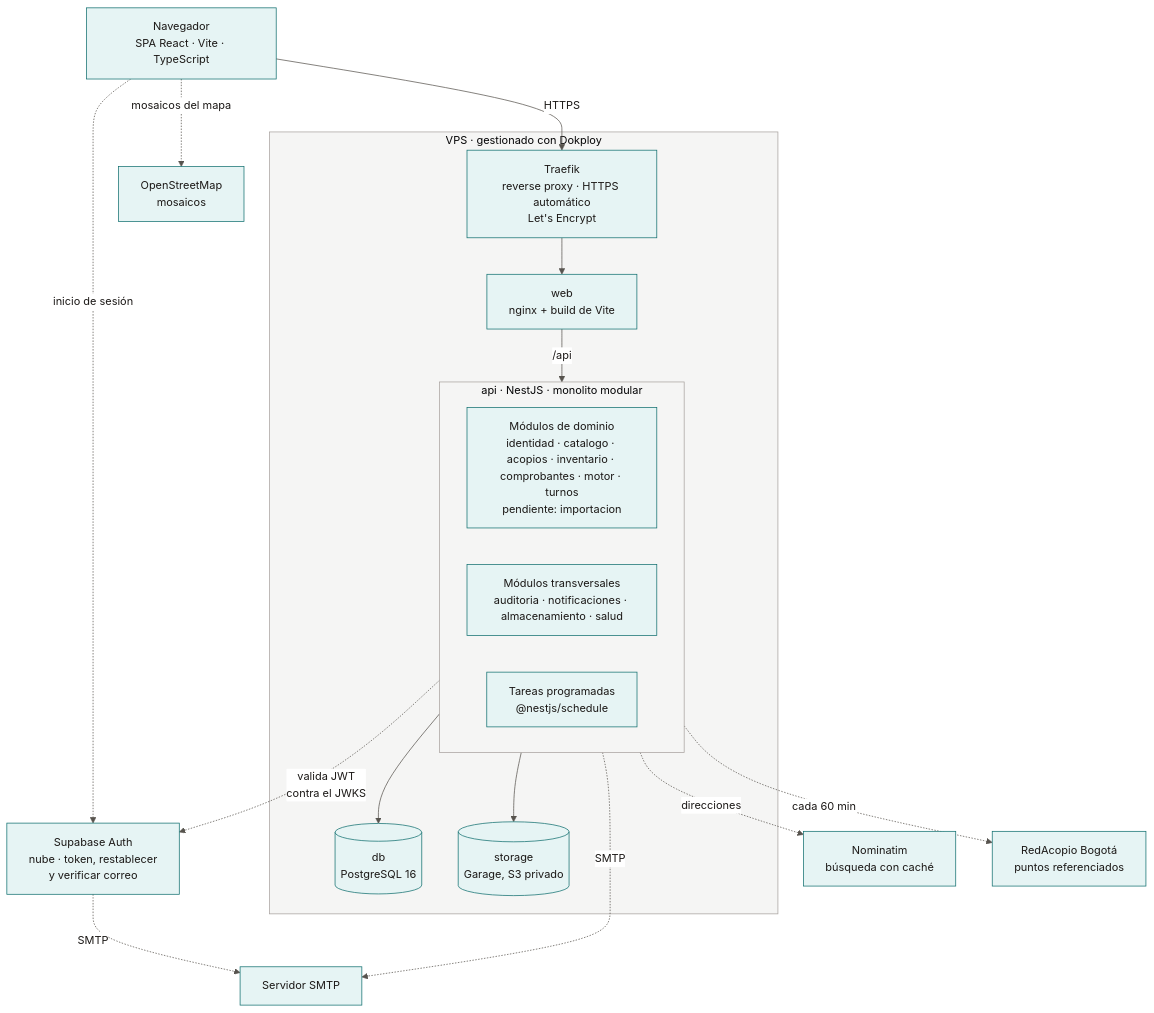
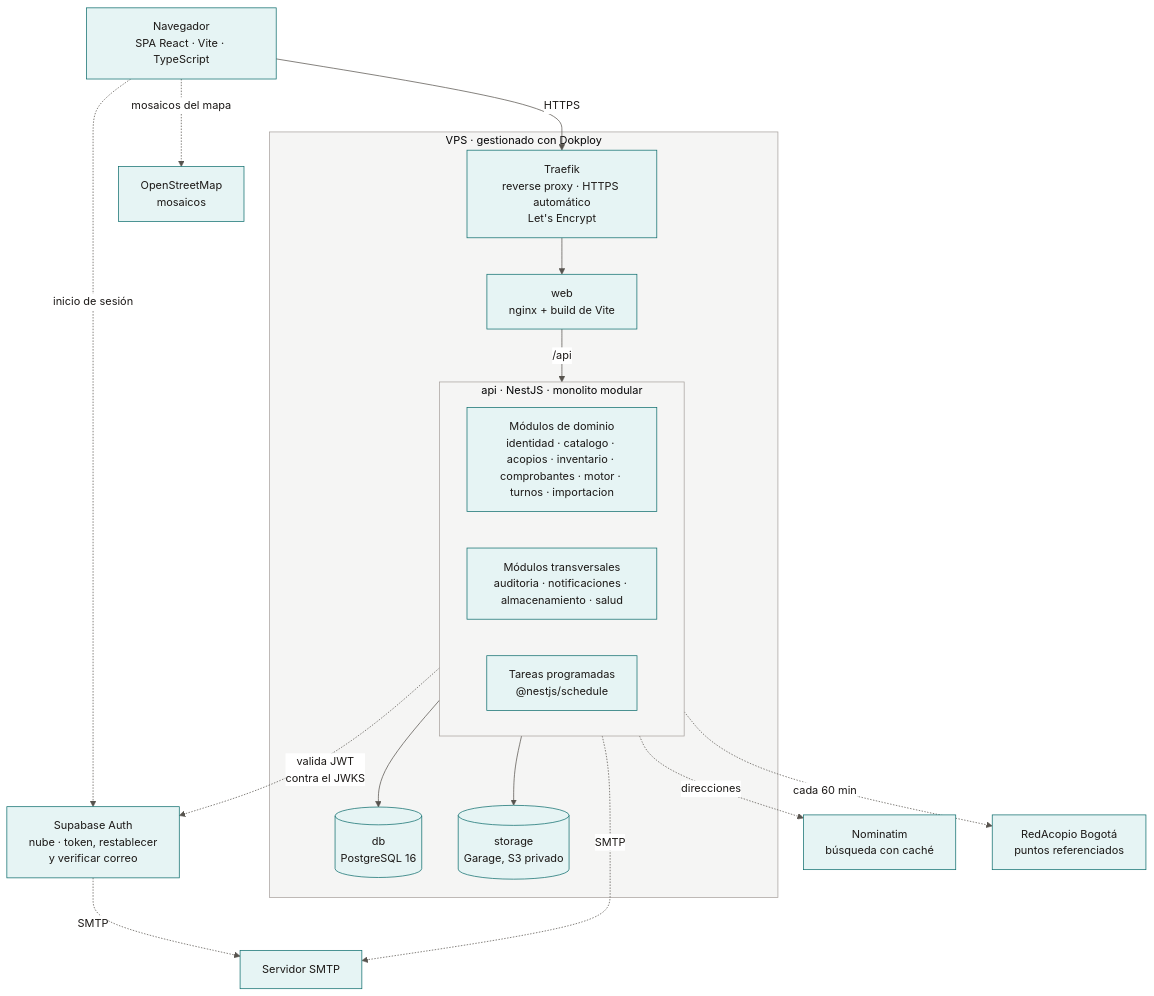
The diagram in docs/02-arquitectura/diagramas/mmd/arquitectura-02-contenedores.mmd (Proyecto-IngSoftware/acopio), drawn with Mermaid before and after one commit. The commit also changed 11 other files, not shown here.

First line of the commit message:
Arquitectura: ADR-0023, diagrama de estados de la donación y paquetes al día

```diff
--- a/docs/02-arquitectura/diagramas/mmd/arquitectura-02-contenedores.mmd
+++ b/docs/02-arquitectura/diagramas/mmd/arquitectura-02-contenedores.mmd
@@ -1,30 +1,30 @@
 %%{init: {"theme":"base","themeVariables":{"fontFamily":"Inter, Segoe UI, Arial, sans-serif","fontSize":"15px","primaryColor":"#E6F4F4","primaryTextColor":"#1C1917","primaryBorderColor":"#0F6E6E","secondaryColor":"#C7E8E8","tertiaryColor":"#FAFAF9","lineColor":"#57534E","textColor":"#1C1917","mainBkg":"#E6F4F4","nodeBorder":"#0F6E6E","clusterBkg":"#F5F5F4","clusterBorder":"#A8A29E","edgeLabelBackground":"#FFFFFF","attributeBackgroundColorOdd":"#FFFFFF","attributeBackgroundColorEven":"#F5F5F4"},"er":{"useMaxWidth":false},"flowchart":{"useMaxWidth":false,"htmlLabels":true,"curve":"basis"}}}%%
 flowchart TB
     Cliente["Navegador<br/>SPA React · Vite · TypeScript"] -->|HTTPS| Traefik
     Cliente -.->|"inicio de sesión"| SupabaseAuth["Supabase Auth<br/>nube · token, restablecer<br/>y verificar correo"]
     Cliente -.->|"mosaicos del mapa"| OSM["OpenStreetMap<br/>mosaicos"]
 
     subgraph VPS["VPS · gestionado con Dokploy"]
         Traefik["Traefik<br/>reverse proxy · HTTPS automático<br/>Let's Encrypt"]
         Web["web<br/>nginx + build de Vite"]
 
         subgraph API["api · NestJS · monolito modular"]
-            Dominio["Módulos de dominio<br/>identidad · catalogo · acopios · inventario · comprobantes · motor · turnos<br/>pendiente: importacion"]
+            Dominio["Módulos de dominio<br/>identidad · catalogo · acopios · inventario · comprobantes · motor · turnos · importacion"]
             Transversales["Módulos transversales<br/>auditoria · notificaciones · almacenamiento · salud"]
             Tareas["Tareas programadas<br/>@nestjs/schedule"]
         end
 
         DB[("db<br/>PostgreSQL 16")]
         Storage[("storage<br/>Garage, S3 privado")]
 
         Traefik --> Web
         Web -->|"/api"| API
         API --> DB
         API --> Storage
     end
 
     API -.->|"valida JWT<br/>contra el JWKS"| SupabaseAuth
     API -.->|SMTP| SMTP["Servidor SMTP"]
     SupabaseAuth -.->|SMTP| SMTP
     API -.->|"direcciones"| Nominatim["Nominatim<br/>búsqueda con caché"]
     API -.->|"cada 60 min"| RedAcopio["RedAcopio Bogotá<br/>puntos referenciados"]
```
